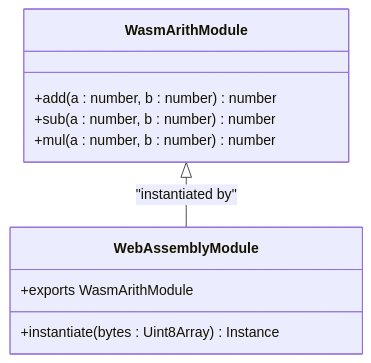
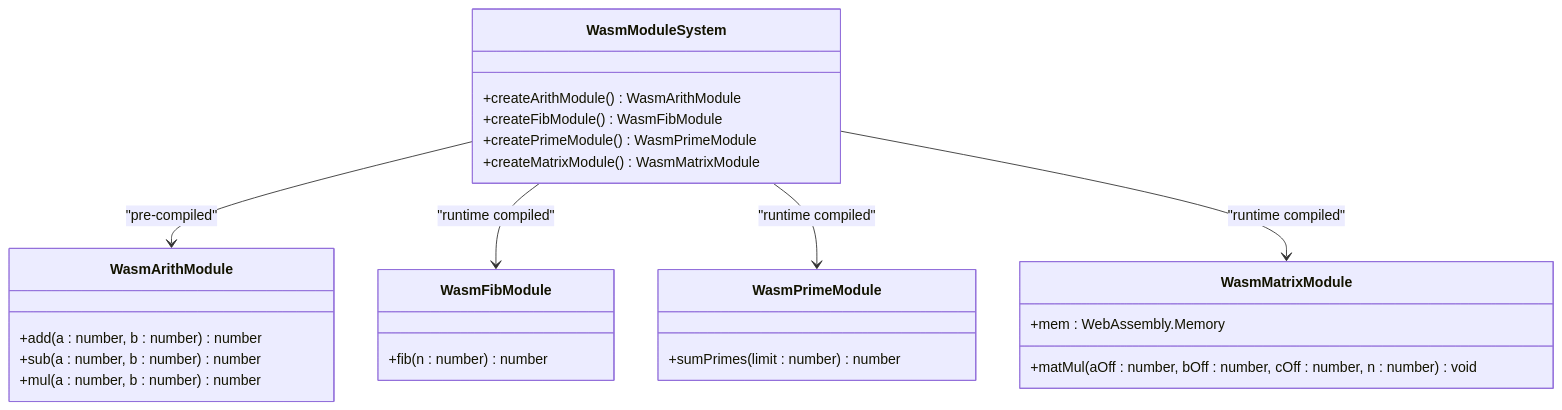
One commit to adminfyy/adminfyy.github.io changed the third of 4 diagrams in .qoder/repowiki/en/content/Interactive Applications/WebAssembly Arithmetic Calculator.md. Above: the diagram before and after it, drawn with Mermaid. The commit also changed other lines of this file and 34 other files, not shown here.

````diff
--- a/.qoder/repowiki/en/content/Interactive Applications/WebAssembly Arithmetic Calculator.md
+++ b/.qoder/repowiki/en/content/Interactive Applications/WebAssembly Arithmetic Calculator.md
@@ -127,13 +189,28 @@
 ```mermaid
 classDiagram
 class WasmArithModule {
 +add(a : number, b : number) number
 +sub(a : number, b : number) number
 +mul(a : number, b : number) number
 }
-class WebAssemblyModule {
-+exports WasmArithModule
-+instantiate(bytes : Uint8Array) Instance
+class WasmFibModule {
++fib(n : number) number
 }
-WasmArithModule <|-- WebAssemblyModule : "instantiated by"
+class WasmPrimeModule {
++sumPrimes(limit : number) number
+}
+class WasmMatrixModule {
++matMul(aOff : number, bOff : number, cOff : number, n : number) void
++mem : WebAssembly.Memory
+}
+class WasmModuleSystem {
++createArithModule() WasmArithModule
++createFibModule() WasmFibModule
++createPrimeModule() WasmPrimeModule
++createMatrixModule() WasmMatrixModule
+}
+WasmModuleSystem --> WasmArithModule : "pre-compiled"
+WasmModuleSystem --> WasmFibModule : "runtime compiled"
+WasmModuleSystem --> WasmPrimeModule : "runtime compiled"
+WasmModuleSystem --> WasmMatrixModule : "runtime compiled"
 ```
````
